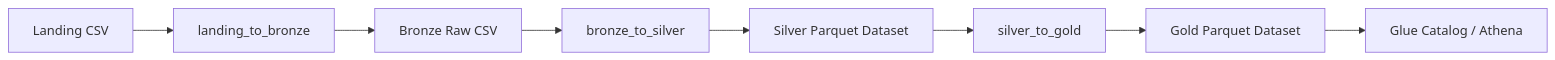
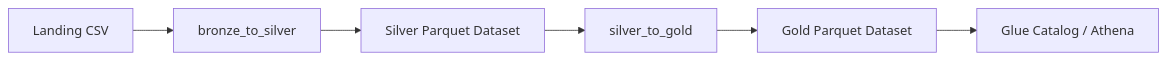
The first of 5 diagrams in docs/etl_architecture_diagram.md (Merlin2098/HR-Data-Lakehouse), drawn with Mermaid before and after one commit. The commit also changed other lines of this file and 18 other files, not shown here.

Commit message:
Simplify landing flow to trigger-only bronze

````diff
--- a/docs/etl_architecture_diagram.md
+++ b/docs/etl_architecture_diagram.md
@@ -9,10 +9,8 @@
 ```mermaid
 flowchart LR
-    A["Landing CSV"] --> B["landing_to_bronze"]
-    B --> C["Bronze Raw CSV"]
-    C --> D["bronze_to_silver"]
-    D --> E["Silver Parquet Dataset"]
-    E --> F["silver_to_gold"]
-    F --> G["Gold Parquet Dataset"]
-    G --> H["Glue Catalog / Athena"]
+    A["Landing CSV"] --> B["bronze_to_silver"]
+    B --> C["Silver Parquet Dataset"]
+    C --> D["silver_to_gold"]
+    D --> E["Gold Parquet Dataset"]
+    E --> F["Glue Catalog / Athena"]
 ```
````
